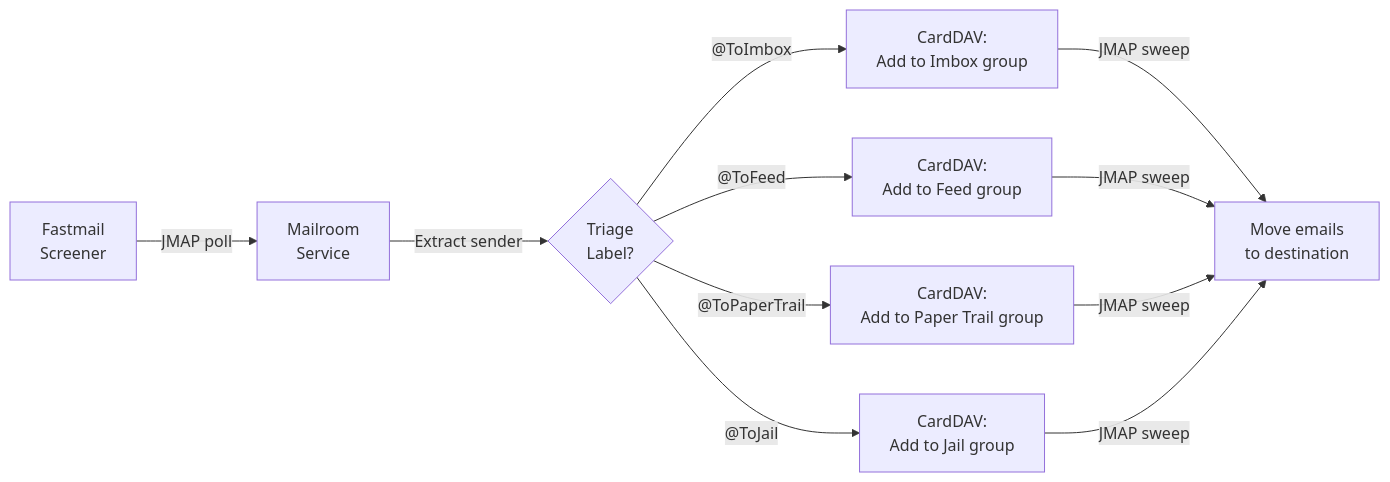
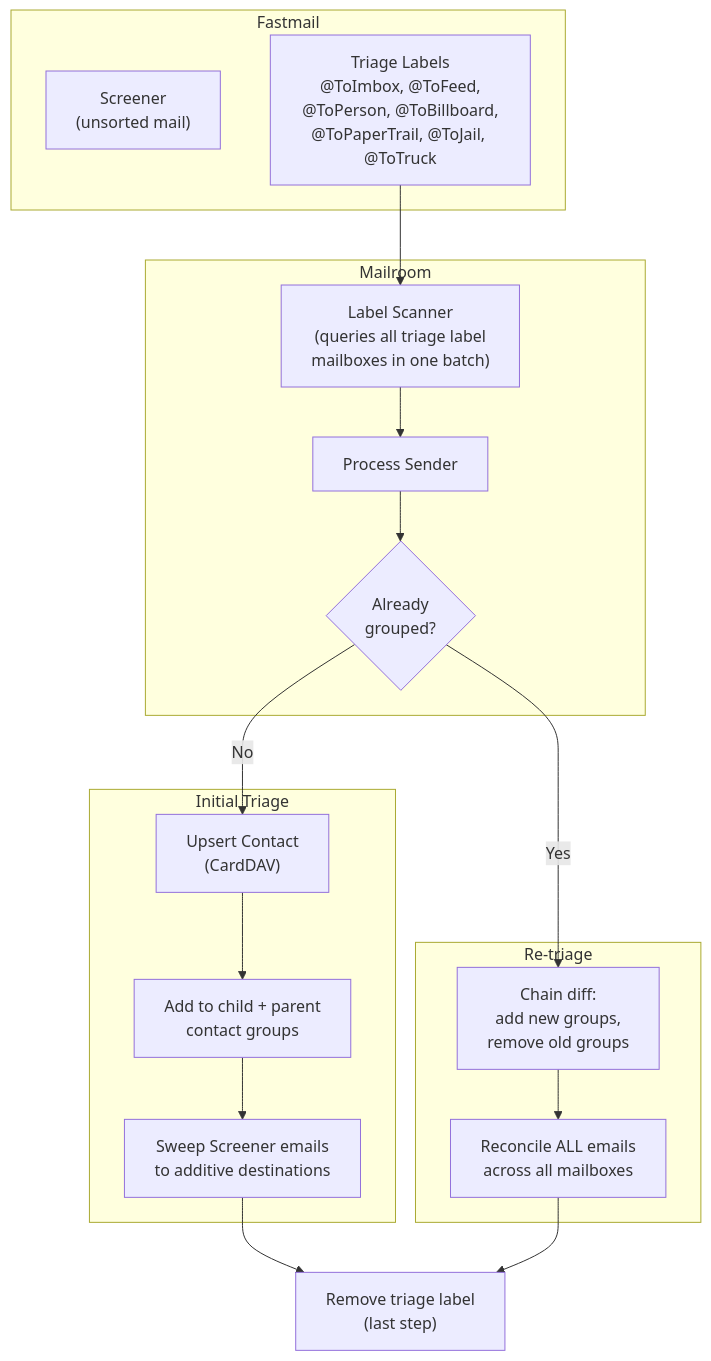
One commit to HelloThisIsFlo/mailroom changed the first of 2 diagrams in docs/architecture.md. Above: the diagram before and after it, drawn with Mermaid. The commit also changed other lines of this file and 2 other files, not shown here.

First line of the commit message:
docs(15-02): update architecture.md, fix deploy.md, remove WIP.md

````diff
--- a/docs/architecture.md
+++ b/docs/architecture.md
@@ -7,13 +7,35 @@
 ```mermaid
-flowchart LR
-    A["Fastmail<br/>Screener"] -->|JMAP poll| B["Mailroom<br/>Service"]
-    B -->|Extract sender| C{"Triage<br/>Label?"}
-    C -->|"@ToImbox"| D["CardDAV:<br/>Add to Imbox group"]
-    C -->|"@ToFeed"| E["CardDAV:<br/>Add to Feed group"]
-    C -->|"@ToPaperTrail"| F["CardDAV:<br/>Add to Paper Trail group"]
-    C -->|"@ToJail"| G["CardDAV:<br/>Add to Jail group"]
-    D -->|JMAP sweep| H["Move emails<br/>to destination"]
-    E -->|JMAP sweep| H
-    F -->|JMAP sweep| H
-    G -->|JMAP sweep| H
+flowchart TB
+    subgraph Fastmail
+        S["Screener<br/>(unsorted mail)"]
+        L["Triage Labels<br/>@ToImbox, @ToFeed,<br/>@ToPerson, @ToBillboard,<br/>@ToPaperTrail, @ToJail, @ToTruck"]
+    end
+
+    subgraph Mailroom
+        SCAN["Label Scanner<br/>(queries all triage label<br/>mailboxes in one batch)"]
+        PROC["Process Sender"]
+        RETRI{"Already<br/>grouped?"}
+    end
+
+    subgraph "Initial Triage"
+        UPSERT["Upsert Contact<br/>(CardDAV)"]
+        CHAIN1["Add to child + parent<br/>contact groups"]
+        SWEEP1["Sweep Screener emails<br/>to additive destinations"]
+    end
+
+    subgraph "Re-triage"
+        REASSIGN["Chain diff:<br/>add new groups,<br/>remove old groups"]
+        SWEEP2["Reconcile ALL emails<br/>across all mailboxes"]
+    end
+
+    L --> SCAN
+    SCAN --> PROC
+    PROC --> RETRI
+    RETRI -->|No| UPSERT
+    UPSERT --> CHAIN1
+    CHAIN1 --> SWEEP1
+    RETRI -->|Yes| REASSIGN
+    REASSIGN --> SWEEP2
+    SWEEP1 --> REM["Remove triage label<br/>(last step)"]
+    SWEEP2 --> REM
 ```
````
